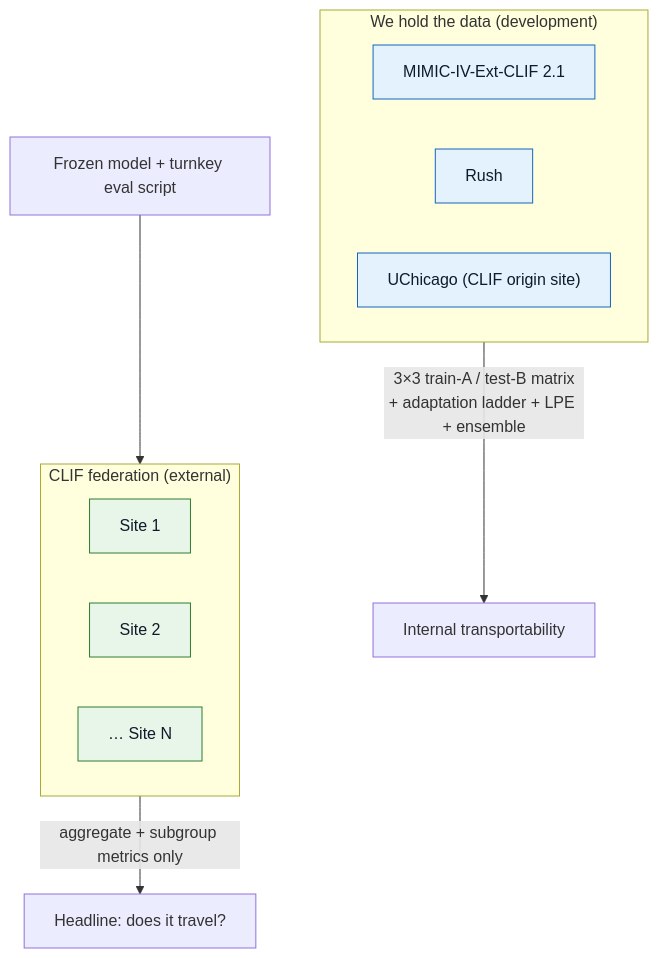
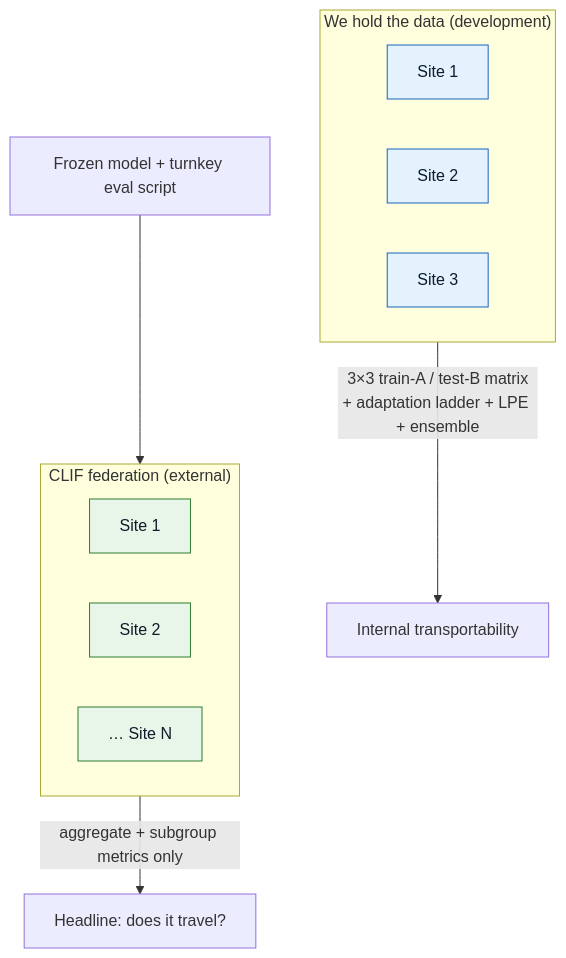
One commit to sajor2000/clifatron2.0 changed the fourth of 4 diagrams in website/docs/overview.md. Above: the diagram before and after it, drawn with Mermaid. The commit also changed other lines of this file and 7 other files, not shown here.

````diff
--- a/website/docs/overview.md
+++ b/website/docs/overview.md
@@ -139,22 +139,22 @@
 ```mermaid
 flowchart TB
     subgraph HOLD["We hold the data (development)"]
-        M["MIMIC-IV-Ext-CLIF 2.1"]
-        R["Rush"]
-        U["UChicago (CLIF origin site)"]
+        M["Site 1"]
+        R["Site 2"]
+        U["Site 3"]
     end
     HOLD -->|"3×3 train-A / test-B matrix<br/>+ adaptation ladder + LPE + ensemble"| INT["Internal transportability"]
 
     subgraph FED["CLIF federation (external)"]
         S1["Site 1"]
         S2["Site 2"]
         SN["… Site N"]
     end
     FROZEN["Frozen model + turnkey eval script"] --> FED
     FED -->|"aggregate + subgroup metrics only"| HEAD["Headline: does it travel?"]
 
     classDef hold fill:#e3f2fd,stroke:#1565c0,color:#0d1b2a;
     classDef fed fill:#e8f5e9,stroke:#2e7d32,color:#0d1b2a;
     class M,R,U hold;
     class S1,S2,SN fed;
 ```
````
